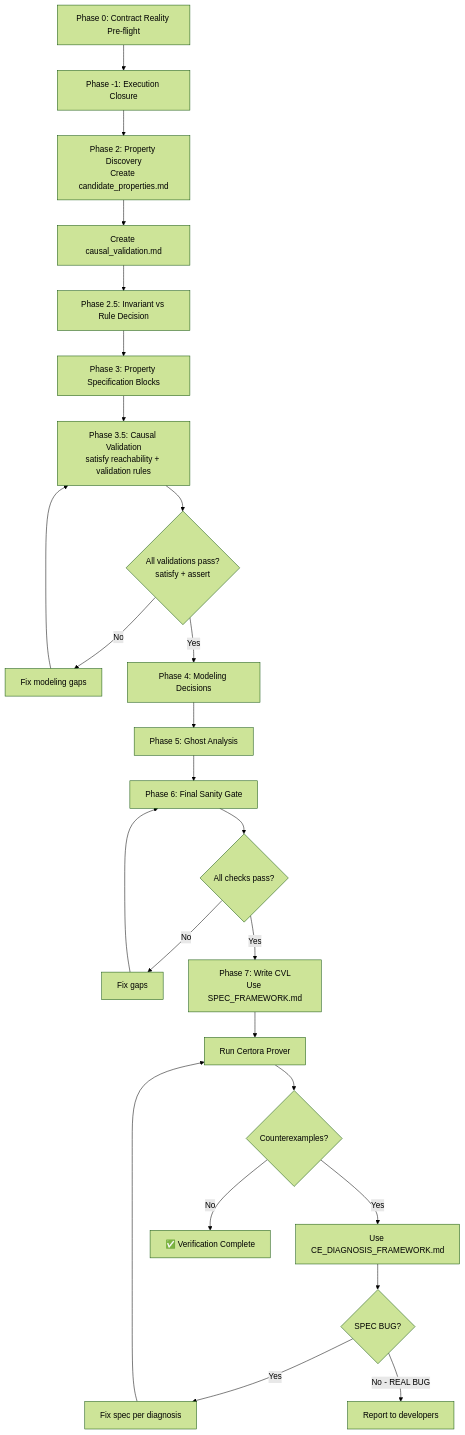
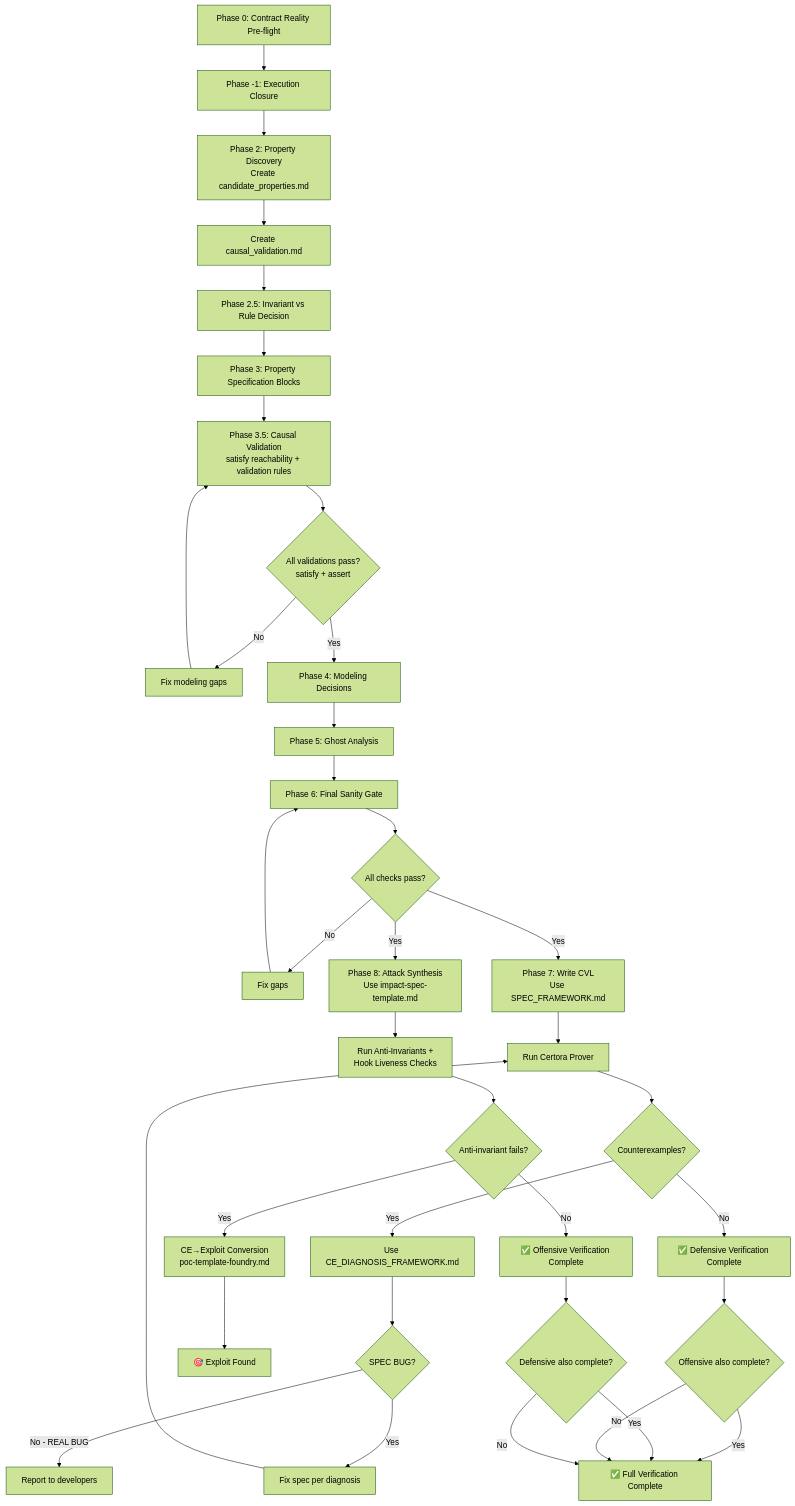
One commit to fjor1025/Certora-Fv-Framework changed the diagram in certora-workflow.md. Above: the diagram before and after it, drawn with Mermaid (forest theme). The commit also changed other lines of this file and 11 other files, not shown here.

````diff
--- a/certora-workflow.md
+++ b/certora-workflow.md
@@ -45,27 +45,39 @@
 ```mermaid
 graph TD
     A[Phase 0: Contract Reality Pre-flight] --> B[Phase -1: Execution Closure]
     B --> C[Phase 2: Property Discovery<br/>Create candidate_properties.md]
     C --> D[Create causal_validation.md]
     D --> E[Phase 2.5: Invariant vs Rule Decision]
     E --> F[Phase 3: Property Specification Blocks]
     F --> G[Phase 3.5: Causal Validation<br/>satisfy reachability + validation rules]
     G --> H{All validations pass?<br/>satisfy + assert}
     H -->|No| I[Fix modeling gaps]
     I --> G
     H -->|Yes| J[Phase 4: Modeling Decisions]
     J --> K[Phase 5: Ghost Analysis]
     K --> L[Phase 6: Final Sanity Gate]
     L --> M{All checks pass?}
     M -->|No| N[Fix gaps]
     N --> L
     M -->|Yes| O[Phase 7: Write CVL<br/>Use SPEC_FRAMEWORK.md]
+    M -->|Yes| W[Phase 8: Attack Synthesis<br/>Use impact-spec-template.md]
     O --> P[Run Certora Prover]
     P --> Q{Counterexamples?}
     Q -->|Yes| R[Use CE_DIAGNOSIS_FRAMEWORK.md]
     R --> S{SPEC BUG?}
     S -->|Yes| T[Fix spec per diagnosis]
     T --> P
     S -->|No - REAL BUG| U[Report to developers]
-    Q -->|No| V[✅ Verification Complete]
+    Q -->|No| V[✅ Defensive Verification Complete]
+    W --> X[Run Anti-Invariants +<br/>Hook Liveness Checks]
+    X --> Y{Anti-invariant fails?}
+    Y -->|Yes| Z[CE→Exploit Conversion<br/>poc-template-foundry.md]
+    Z --> AA[🎯 Exploit Found]
+    Y -->|No| AB[✅ Offensive Verification Complete]
+    V --> AC{Offensive also complete?}
+    AB --> AD{Defensive also complete?}
+    AC -->|Yes| AE[✅ Full Verification Complete]
+    AD -->|Yes| AE
+    AC -->|No| AE
+    AD -->|No| AE
 ```
````
